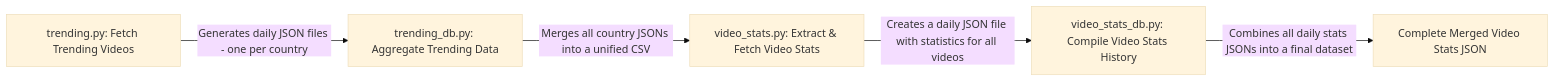
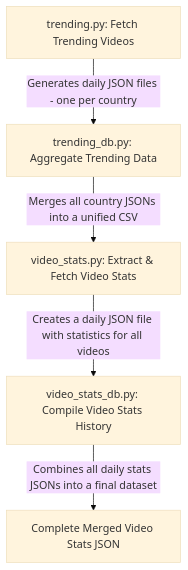
The diagram in README.md (gpsyrou/tube-virality), drawn with Mermaid (base theme) before and after one commit.

Commit message:
fix mermaid graph

````diff
--- a/README.md
+++ b/README.md
@@ -35,7 +35,7 @@
 ```mermaid
-graph LR;
+graph TD;
     A[trending.py: Fetch Trending Videos] -->|Generates daily JSON files - one per country| B[trending_db.py: Aggregate Trending Data];
     B -->|Merges all country JSONs into a unified CSV| C[video_stats.py: Extract & Fetch Video Stats];
     C -->|Creates a daily JSON file with statistics for all videos| D[video_stats_db.py: Compile Video Stats History];
     D -->|Combines all daily stats JSONs into a final dataset| E[Complete Merged Video Stats JSON];
 ```
````
